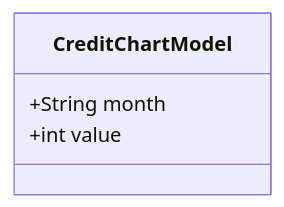
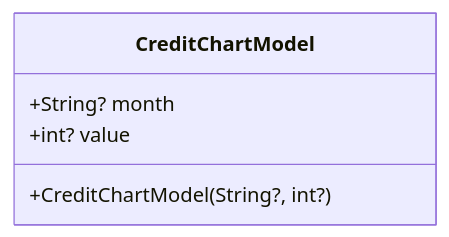
Before and after one commit to Ariful3111/FurniGo: the fifth of 15 diagrams in .qoder/repowiki/en/content/Core Features/User Profile Management/Credit Balance System.md, drawn with Mermaid. The commit also changed other lines of this file and 10 other files, not shown here.

````diff
--- a/.qoder/repowiki/en/content/Core Features/User Profile Management/Credit Balance System.md
+++ b/.qoder/repowiki/en/content/Core Features/User Profile Management/Credit Balance System.md
@@ -287,7 +329,8 @@
 ```mermaid
 classDiagram
 class CreditChartModel {
-+String month
-+int value
++String? month
++int? value
++CreditChartModel(String?, int?)
 }
 ```
````
